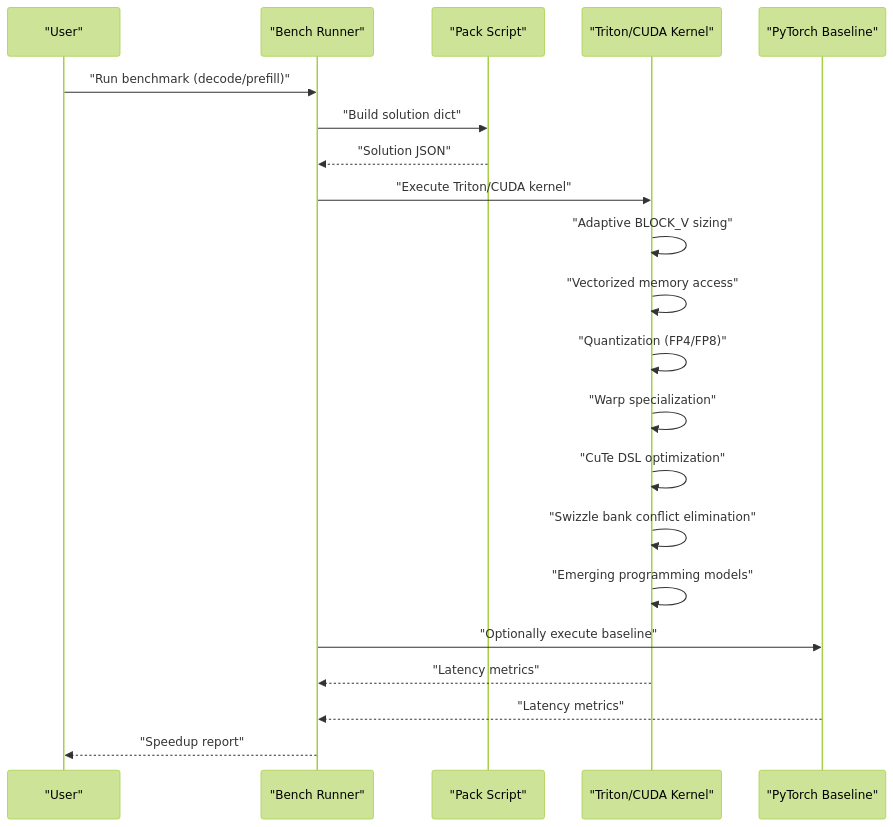
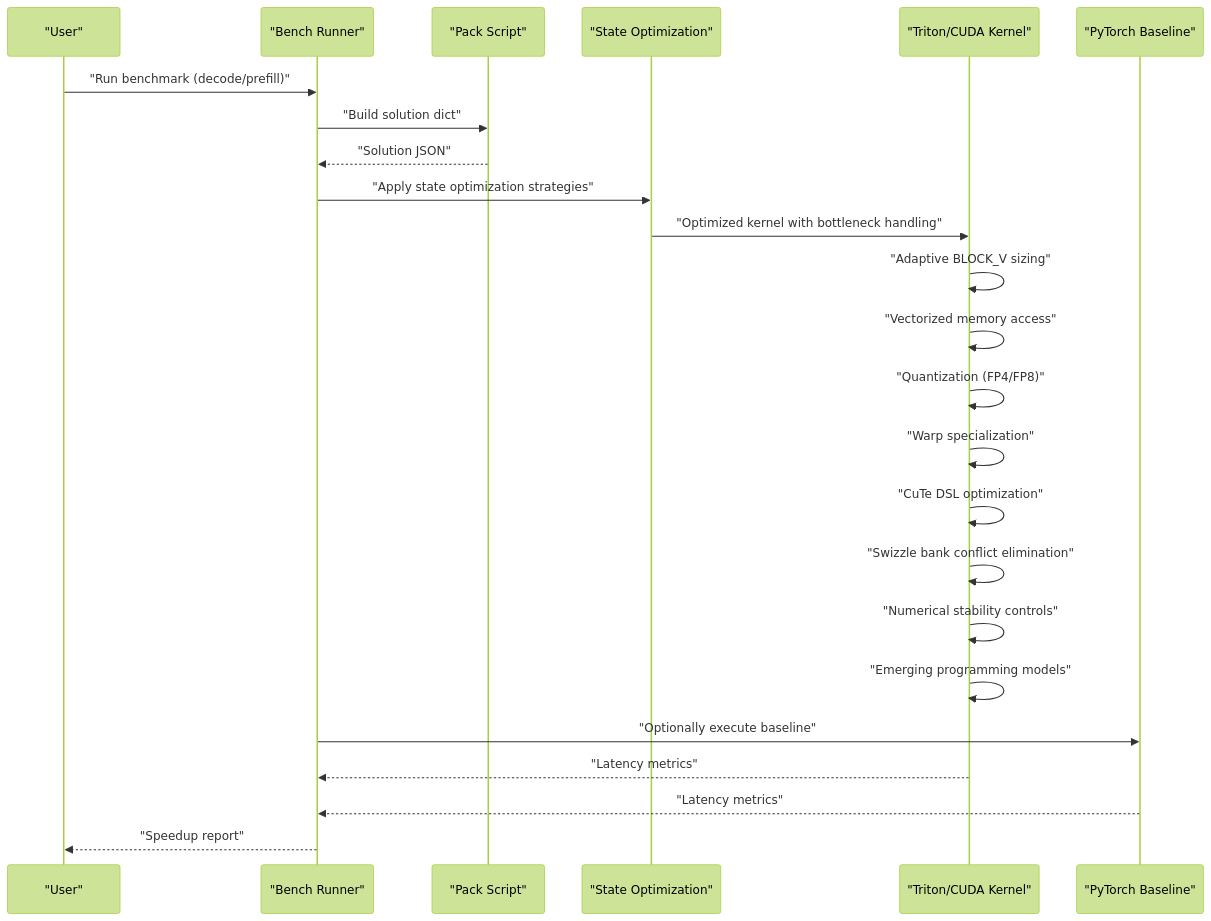
One commit to gugudeshubao/flashinfer-bench-tma-thrust changed the second of 12 diagrams in .qoder/repowiki/en/content/Optimization Strategies.md. Above: the diagram before and after it, drawn with Mermaid (forest theme). The commit also changed other lines of this file and 9 other files, not shown here.

First line of the commit message:
bench: add CuTe DSL vs Triton performance comparison

````diff
--- a/.qoder/repowiki/en/content/Optimization Strategies.md
+++ b/.qoder/repowiki/en/content/Optimization Strategies.md
@@ -196,23 +236,26 @@
 ```mermaid
 sequenceDiagram
 participant User as "User"
 participant Bench as "Bench Runner"
 participant Pack as "Pack Script"
+participant StateOpt as "State Optimization"
 participant Sol as "Triton/CUDA Kernel"
 participant Base as "PyTorch Baseline"
 User->>Bench : "Run benchmark (decode/prefill)"
 Bench->>Pack : "Build solution dict"
 Pack-->>Bench : "Solution JSON"
-Bench->>Sol : "Execute Triton/CUDA kernel"
+Bench->>StateOpt : "Apply state optimization strategies"
+StateOpt->>Sol : "Optimized kernel with bottleneck handling"
 Sol->>Sol : "Adaptive BLOCK_V sizing"
 Sol->>Sol : "Vectorized memory access"
 Sol->>Sol : "Quantization (FP4/FP8)"
 Sol->>Sol : "Warp specialization"
 Sol->>Sol : "CuTe DSL optimization"
 Sol->>Sol : "Swizzle bank conflict elimination"
+Sol->>Sol : "Numerical stability controls"
 Sol->>Sol : "Emerging programming models"
 Bench->>Base : "Optionally execute baseline"
 Sol-->>Bench : "Latency metrics"
 Base-->>Bench : "Latency metrics"
 Bench-->>User : "Speedup report"
 ```
````
